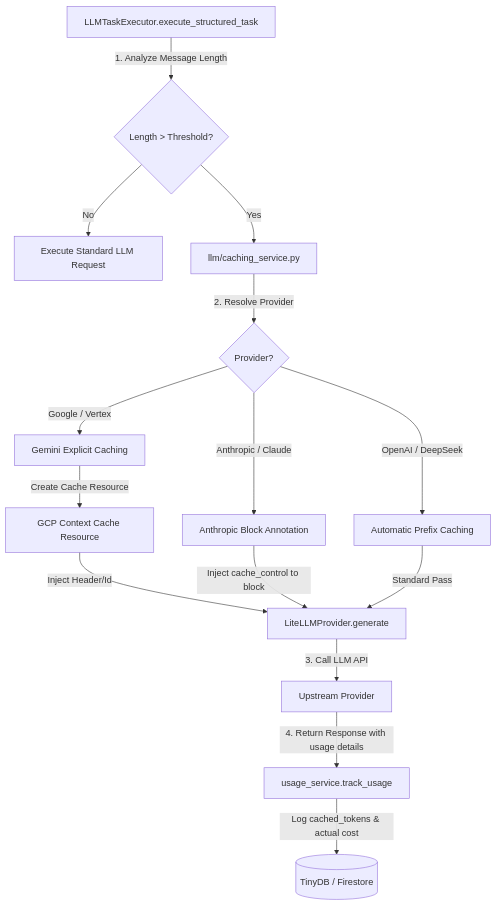
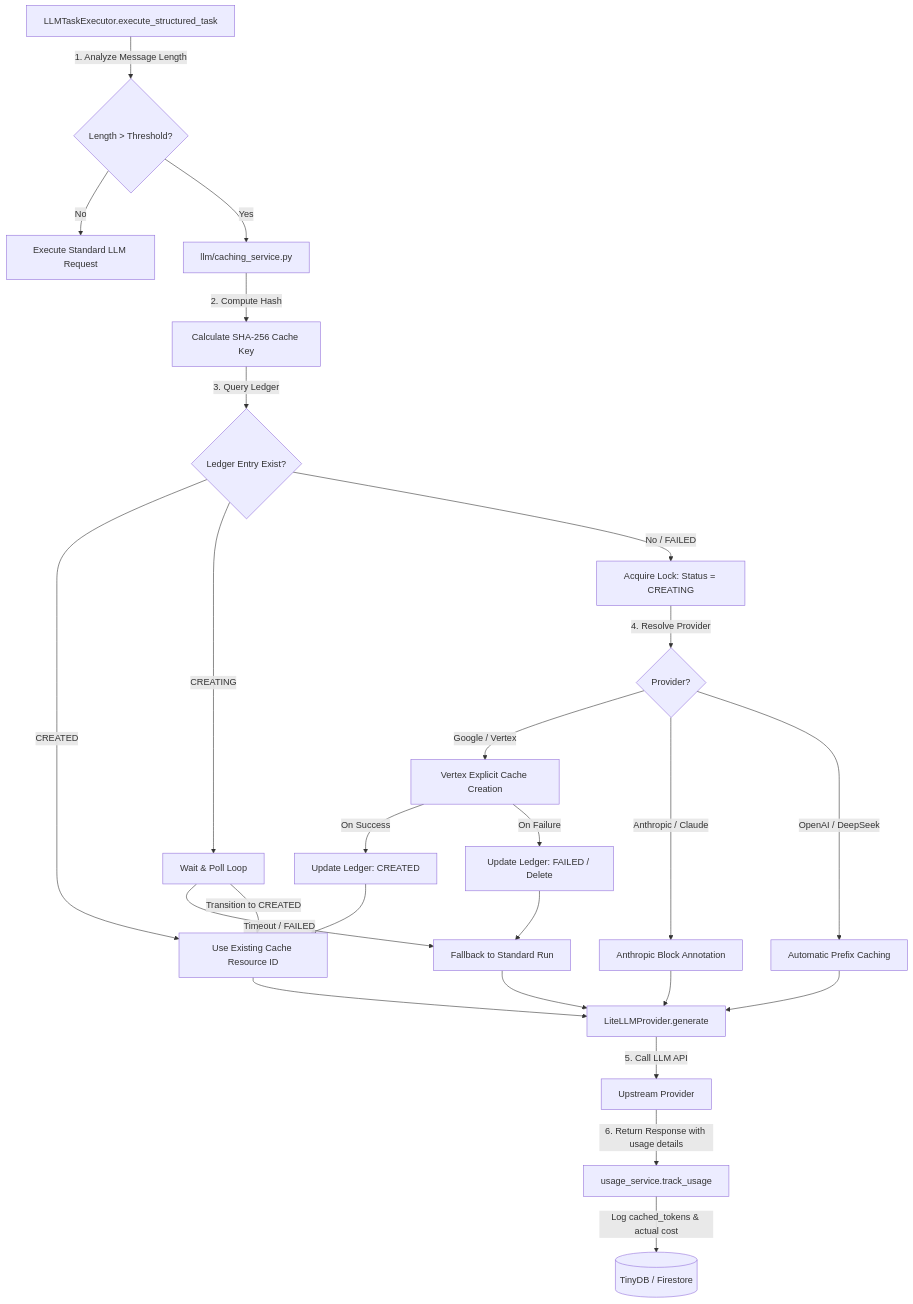
One commit to launis/quorum changed the first of 3 diagrams in docs/epic/EPIC_67_Provider_Agnostic_Context_Caching_and_FinOps_Optimization.md. Above: the diagram before and after it, drawn with Mermaid. The commit also changed other lines of this file and 1 other file, not shown here.

Commit message:
feat: document architecture for provider-agnostic context caching and FinOps optimization

````diff
--- a/docs/epic/EPIC_67_Provider_Agnostic_Context_Caching_and_FinOps_Optimization.md
+++ b/docs/epic/EPIC_67_Provider_Agnostic_Context_Caching_and_FinOps_Optimization.md
@@ -59,22 +178,37 @@
 ```mermaid
 graph TD
     Executor[LLMTaskExecutor.execute_structured_task] -->|1. Analyze Message Length| LenCheck{Length > Threshold?}
     LenCheck -->|No| NormalRun[Execute Standard LLM Request]
     LenCheck -->|Yes| CachingAdapter[llm/caching_service.py]
     
-    CachingAdapter -->|2. Resolve Provider| ProvCheck{Provider?}
+    CachingAdapter -->|2. Compute Hash| HashKey[Calculate SHA-256 Cache Key]
+    HashKey -->|3. Query Ledger| DbCheck{Ledger Entry Exist?}
     
-    ProvCheck -->|Google / Vertex| GemCache[Gemini Explicit Caching]
+    DbCheck -->|CREATED| ReturnCache[Use Existing Cache Resource ID]
+    DbCheck -->|CREATING| WaitPoll[Wait & Poll Loop]
+    DbCheck -->|No / FAILED| AcquireLock[Acquire Lock: Status = CREATING]
+    
+    WaitPoll -->|Timeout / FAILED| FailSoft[Fallback to Standard Run]
+    WaitPoll -->|Transition to CREATED| ReturnCache
+    
+    AcquireLock -->|4. Resolve Provider| ProvCheck{Provider?}
+    
+    ProvCheck -->|Google / Vertex| GemCache[Vertex Explicit Cache Creation]
     ProvCheck -->|Anthropic / Claude| AnthCache[Anthropic Block Annotation]
     ProvCheck -->|OpenAI / DeepSeek| AutoCache[Automatic Prefix Caching]
     
-    GemCache -->|Create Cache Resource| GCPCache[GCP Context Cache Resource]
-    GCPCache -->|Inject Header/Id| ExecCall[LiteLLMProvider.generate]
+    GemCache -->|On Success| UpdateCreated[Update Ledger: CREATED]
+    GemCache -->|On Failure| UpdateFailed[Update Ledger: FAILED / Delete]
     
-    AnthCache -->|Inject cache_control to block| ExecCall
-    AutoCache -->|Standard Pass| ExecCall
+    UpdateCreated --> ReturnCache
+    UpdateFailed --> FailSoft
     
-    ExecCall -->|3. Call LLM API| API[Upstream Provider]
-    API -->|4. Return Response with usage details| UsageTrack[usage_service.track_usage]
+    ReturnCache --> ExecCall[LiteLLMProvider.generate]
+    AnthCache --> ExecCall
+    AutoCache --> ExecCall
+    FailSoft --> ExecCall
+    
+    ExecCall -->|5. Call LLM API| API[Upstream Provider]
+    API -->|6. Return Response with usage details| UsageTrack[usage_service.track_usage]
     UsageTrack -->|Log cached_tokens & actual cost| DB[(TinyDB / Firestore)]
 ```
````
